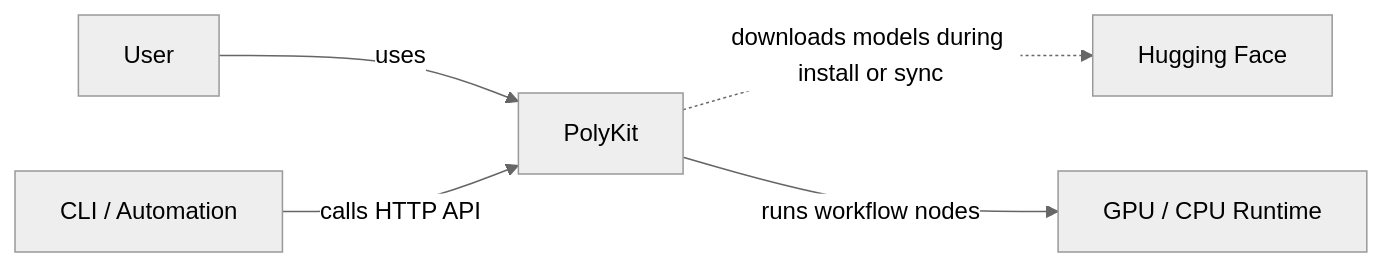
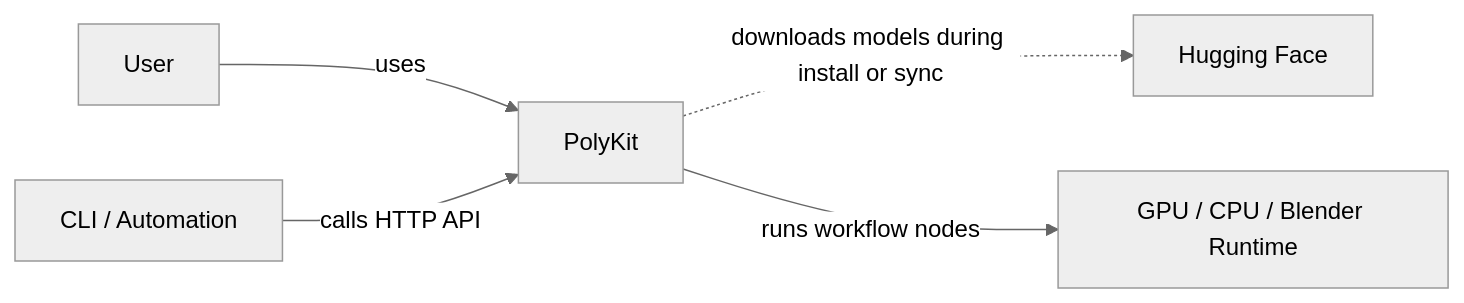
One commit to mousebar01/PolyKit changed the first of 6 diagrams in docs/architecture.md. Above: the diagram before and after it, drawn with Mermaid (neutral theme). The commit also changed other lines of this file, not shown here.

Commit message:
docs: align architecture with agent-free runtime

````diff
--- a/docs/architecture.md
+++ b/docs/architecture.md
@@ -15,7 +13,7 @@
 ```mermaid
 flowchart LR
     User[User] -->|uses| PolyKit[PolyKit]
     Automation[CLI / Automation] -->|calls HTTP API| PolyKit
     PolyKit -.->|downloads models during install or sync| HuggingFace[Hugging Face]
-    PolyKit -->|runs workflow nodes| Compute[GPU / CPU Runtime]
+    PolyKit -->|runs workflow nodes| Compute[GPU / CPU / Blender Runtime]
 ```
````
